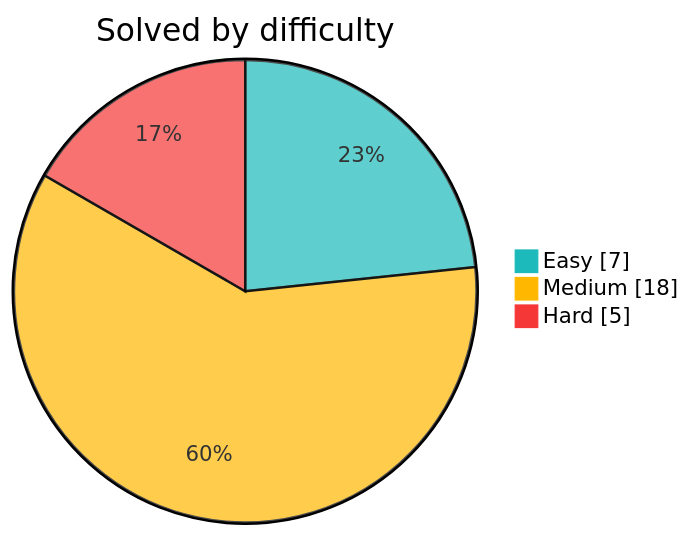
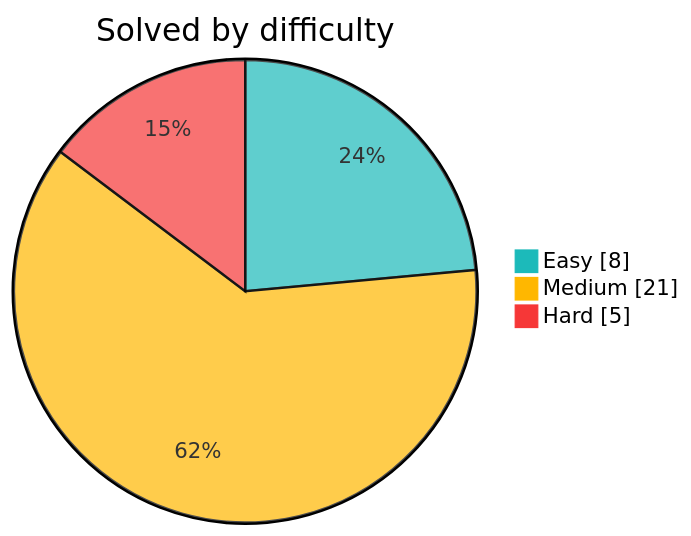
The diagram in README.md (Sekler09/algorithms), drawn with Mermaid before and after one commit. The commit also changed other lines of this file and 1 other file, not shown here.

````diff
--- a/README.md
+++ b/README.md
@@ -9,8 +9,8 @@
 ```mermaid
 %%{init: {"themeVariables": {"pie1": "#1cbaba", "pie2": "#ffb700", "pie3": "#f63737"}}}%%
 pie showData
     title Solved by difficulty
-    "Easy" : 7
-    "Medium" : 18
+    "Easy" : 8
+    "Medium" : 21
     "Hard" : 5
 ```
````
